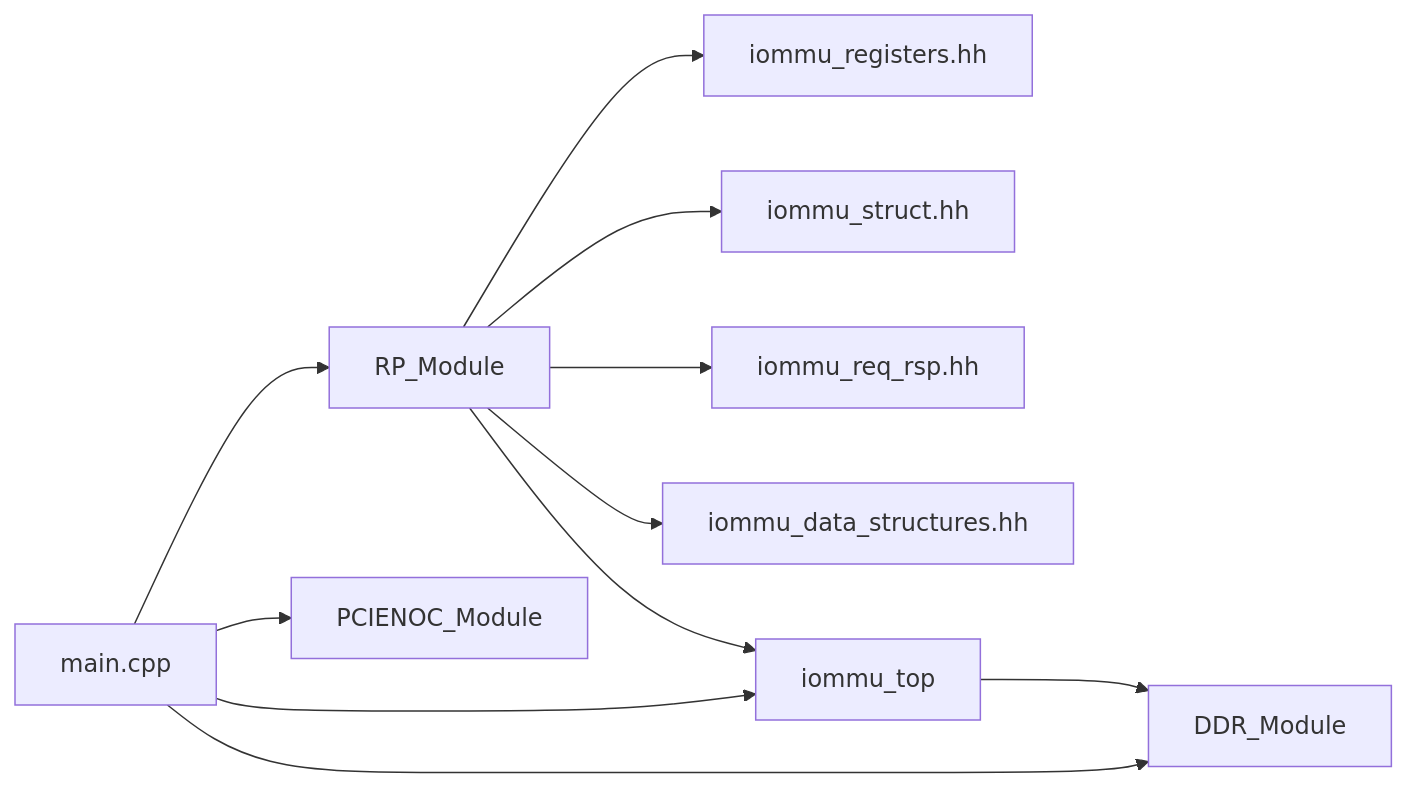
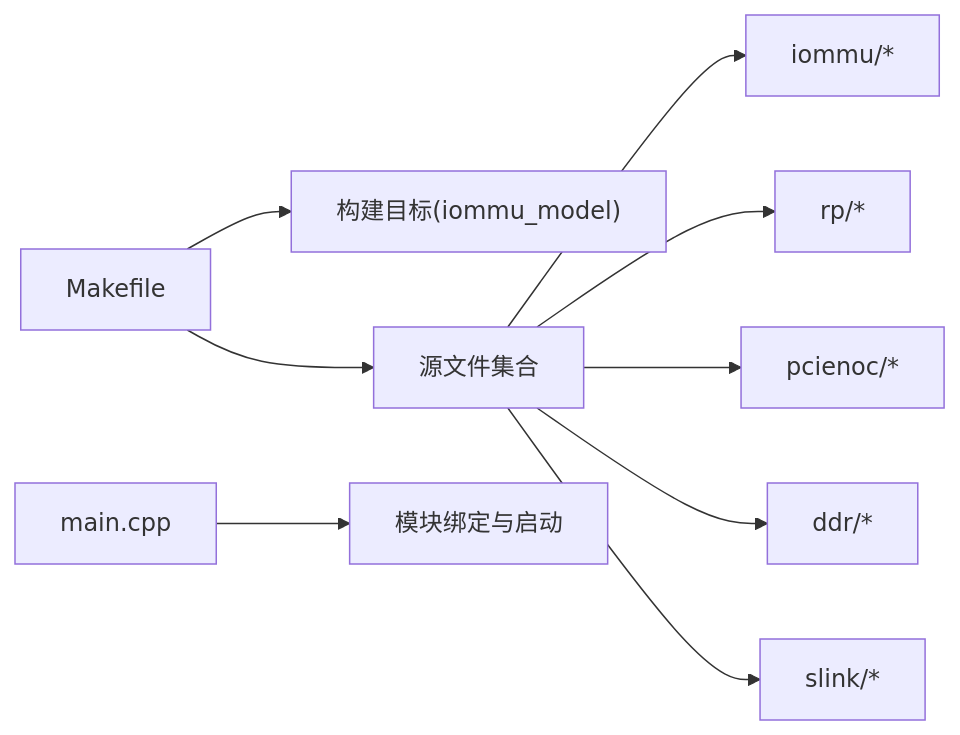
One commit to jiangjiang1122/iommu_model_20260401_v1 changed the sixth of 6 diagrams in .qoder/repowiki/zh/content/测试框架/测试框架.md. Above: the diagram before and after it, drawn with Mermaid. The commit also changed other lines of this file and 92 other files, not shown here.

````diff
--- a/.qoder/repowiki/zh/content/测试框架/测试框架.md
+++ b/.qoder/repowiki/zh/content/测试框架/测试框架.md
@@ -269,13 +250,11 @@
 ```mermaid
 graph LR
-RP["RP_Module"] --> IREG["iommu_registers.hh"]
-RP --> ISTR["iommu_struct.hh"]
-RP --> IREQ["iommu_req_rsp.hh"]
-RP --> IDAT["iommu_data_structures.hh"]
-RP --> IOMMU["iommu_top"]
-IOMMU --> DDR["DDR_Module"]
-MAIN["main.cpp"] --> RP
-MAIN --> IOMMU
-MAIN --> PCIE["PCIENOC_Module"]
-MAIN --> DDR
+MK["Makefile"] --> OBJ["构建目标(iommu_model)"]
+MK --> SRC["源文件集合"]
+SRC --> IOMMU["iommu/*"]
+SRC --> RP["rp/*"]
+SRC --> PCIE["pcienoc/*"]
+SRC --> DDR["ddr/*"]
+SRC --> SLINK["slink/*"]
+MAIN["main.cpp"] --> BIND["模块绑定与启动"]
 ```
````
